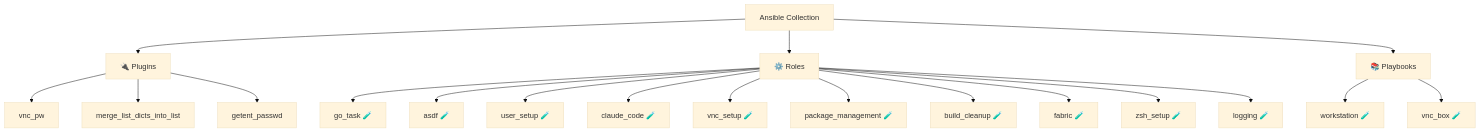
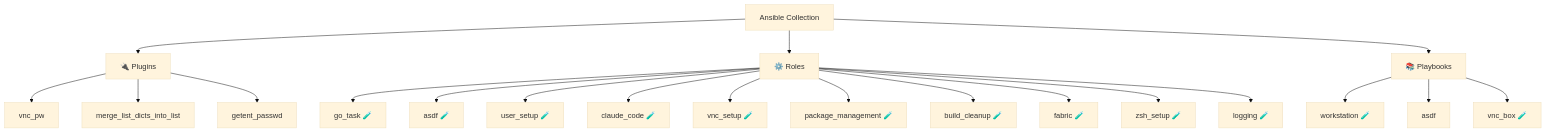
One commit to CowDogMoo/ansible-collection-workstation changed the diagram in README.md. Above: the diagram before and after it, drawn with Mermaid (base theme). The commit also changed 3 other files, not shown here.

````diff
--- a/README.md
+++ b/README.md
@@ -15,22 +15,23 @@
 ```mermaid
 graph TD
     Collection[Ansible Collection]
     Collection --> Plugins[🔌 Plugins]
     Plugins --> P0[vnc_pw]
     Plugins --> P1[merge_list_dicts_into_list]
     Plugins --> P2[getent_passwd]
     Collection --> Roles[⚙️ Roles]
     Roles --> R0[go_task 🧪]
     Roles --> R1[asdf 🧪]
     Roles --> R2[user_setup 🧪]
     Roles --> R3[claude_code 🧪]
     Roles --> R4[vnc_setup 🧪]
     Roles --> R5[package_management 🧪]
     Roles --> R6[build_cleanup 🧪]
     Roles --> R7[fabric 🧪]
     Roles --> R8[zsh_setup 🧪]
     Roles --> R9[logging 🧪]
     Collection --> Playbooks[📚 Playbooks]
     Playbooks --> PB0[workstation 🧪]
-    Playbooks --> PB1[vnc_box 🧪]
+    Playbooks --> PB1[asdf]
+    Playbooks --> PB2[vnc_box 🧪]
 ```
````
